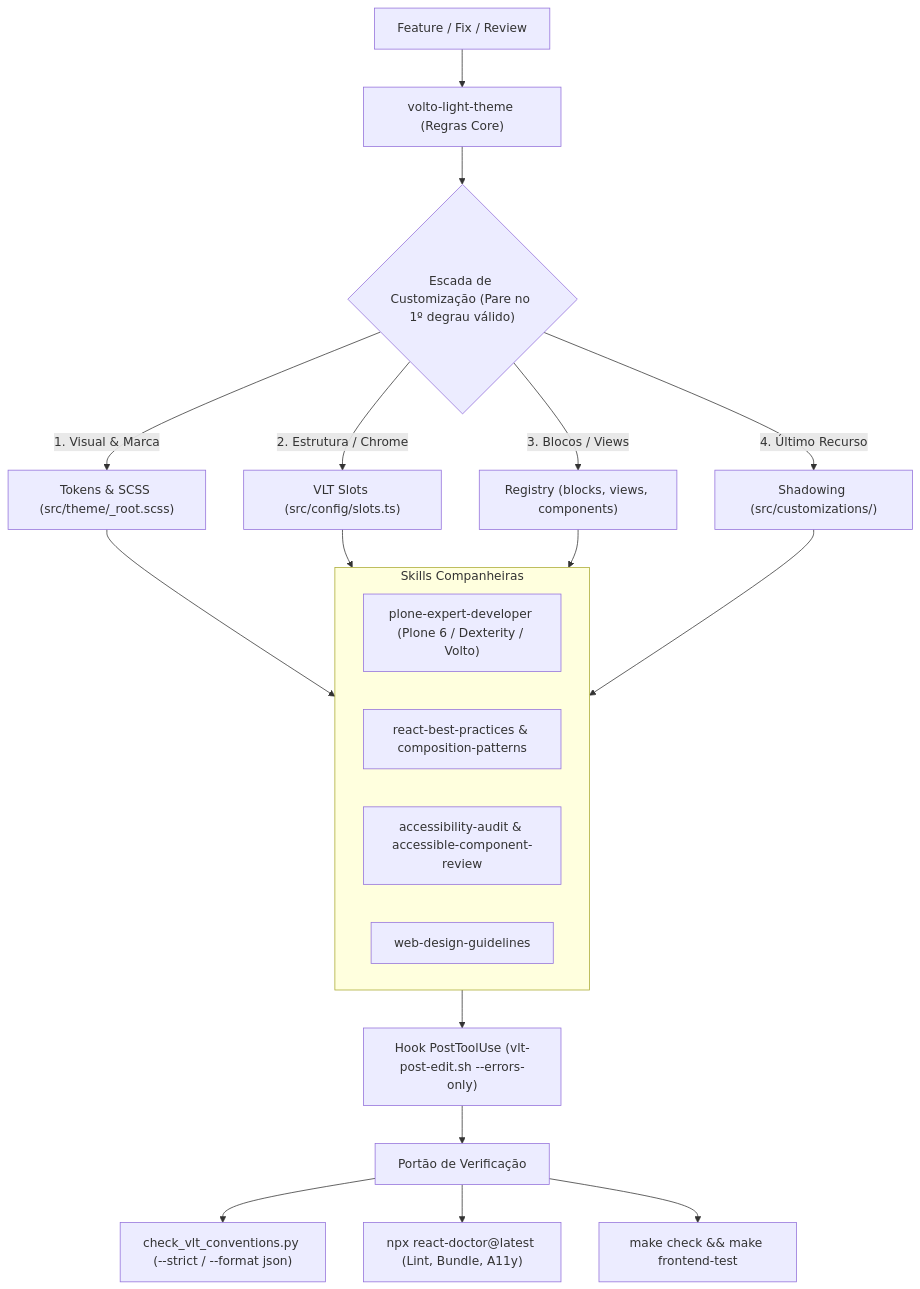
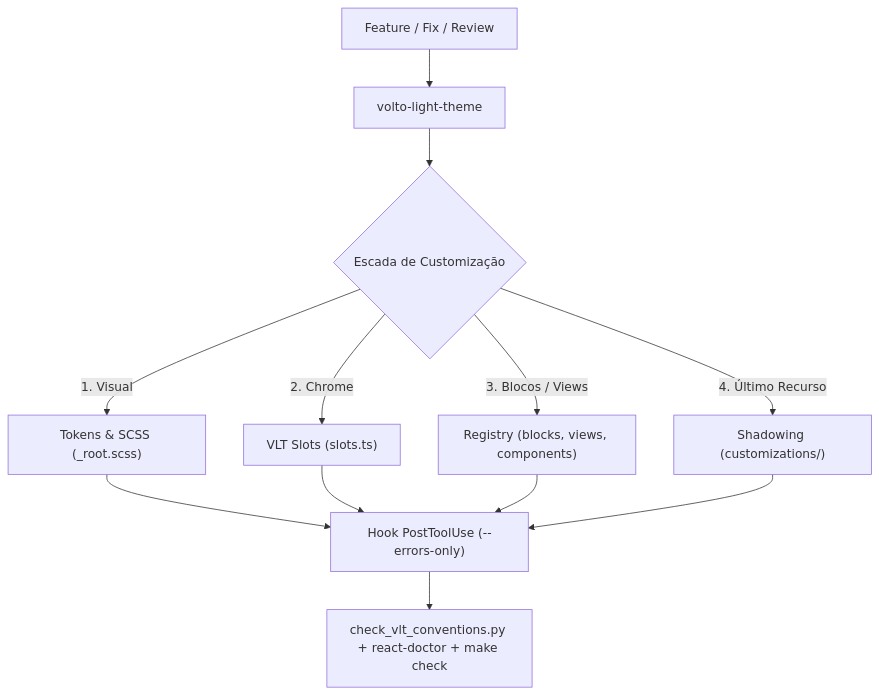
Before and after one commit to Rodriguesmath/volto-light-theme-skills: the diagram in README.md, drawn with Mermaid. The commit also changed other lines of this file, not shown here.

````diff
--- a/README.md
+++ b/README.md
@@ -130,25 +100,12 @@
 ```mermaid
 flowchart TD
-    Task["Feature / Fix / Review"] --> Core["volto-light-theme (Regras Core)"]
+    Task["Feature / Fix / Review"] --> Core["volto-light-theme"]
+    Core --> Ladder{"Escada de Customização"}
+    Ladder -->|"1. Visual"| R1["Tokens & SCSS (_root.scss)"]
+    Ladder -->|"2. Chrome"| R2["VLT Slots (slots.ts)"]
+    Ladder -->|"3. Blocos / Views"| R3["Registry (blocks, views, components)"]
+    Ladder -->|"4. Último Recurso"| R4["Shadowing (customizations/)"]
 
-    Core --> Ladder{"Escada de Customização (Pare no 1º degrau válido)"}
-    Ladder -->|"1. Visual & Marca"| R1["Tokens & SCSS (src/theme/_root.scss)"]
-    Ladder -->|"2. Estrutura / Chrome"| R2["VLT Slots (src/config/slots.ts)"]
-    Ladder -->|"3. Blocos / Views"| R3["Registry (blocks, views, components)"]
-    Ladder -->|"4. Último Recurso"| R4["Shadowing (src/customizations/)"]
-
-    subgraph Stack["Skills Companheiras"]
-        Plone["plone-expert-developer (Plone 6 / Dexterity / Volto)"]
-        React["react-best-practices & composition-patterns"]
-        A11y["accessibility-audit & accessible-component-review"]
-        UX["web-design-guidelines"]
-    end
-
-    R1 & R2 & R3 & R4 --> Stack
-    Stack --> Hook["Hook PostToolUse (vlt-post-edit.sh --errors-only)"]
-    Hook --> Verify["Portão de Verificação"]
-
-    Verify --> V1["check_vlt_conventions.py (--strict / --format json)"]
-    Verify --> V2["npx react-doctor@latest (Lint, Bundle, A11y)"]
-    Verify --> V3["make check && make frontend-test"]
+    R1 & R2 & R3 & R4 --> Hook["Hook PostToolUse (--errors-only)"]
+    Hook --> Verify["check_vlt_conventions.py + react-doctor + make check"]
 ```
````
